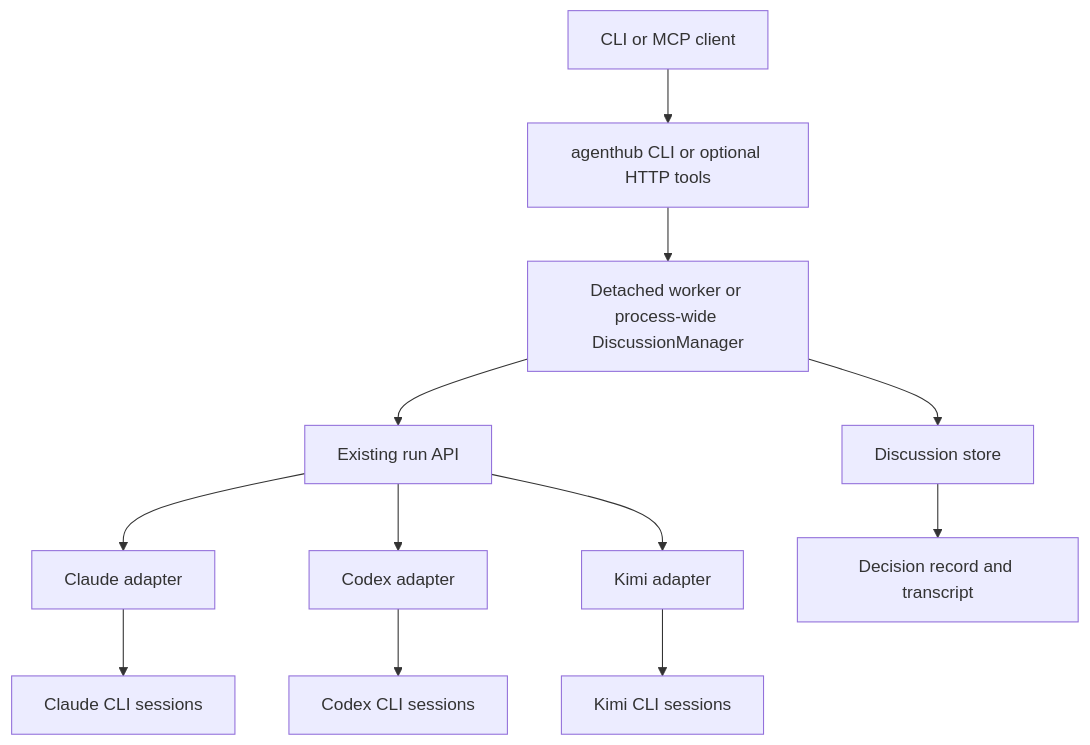
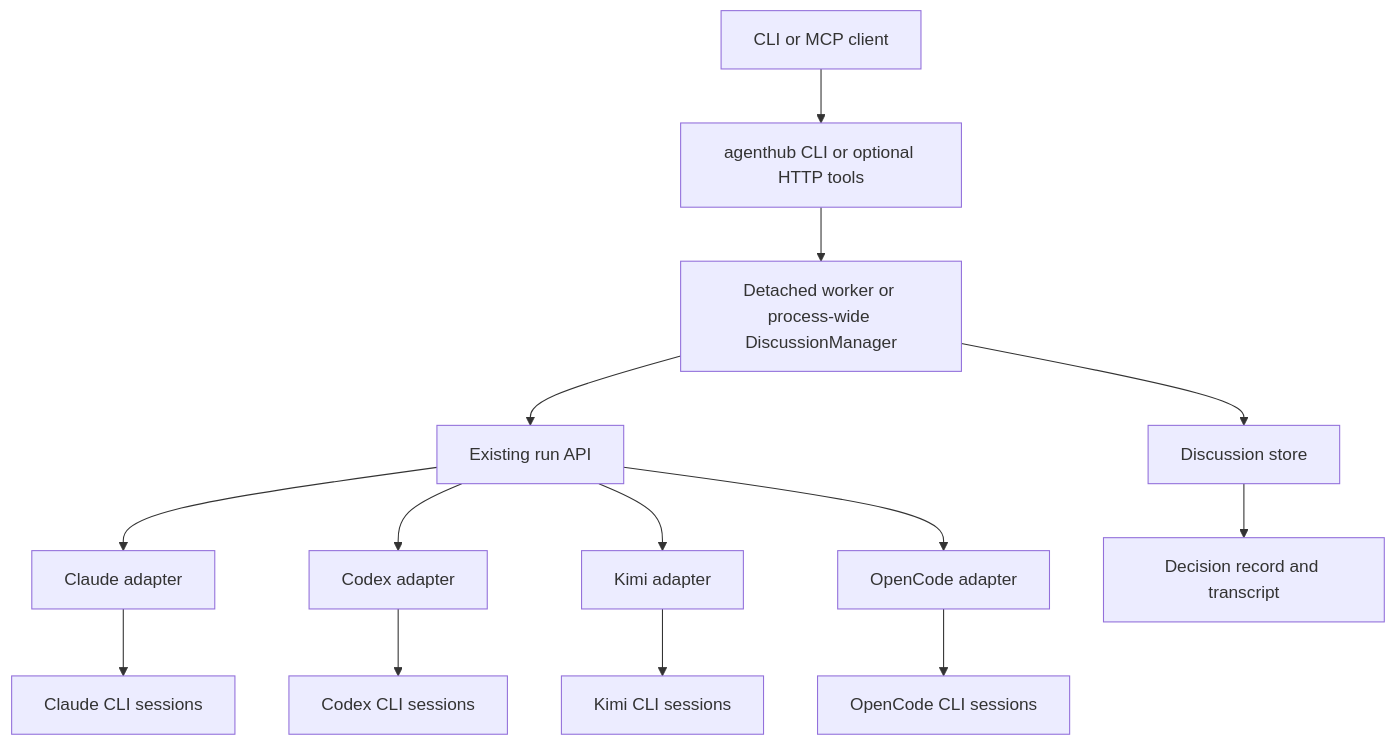
The diagram in docs/discussion-design.md (damaged-soda/agent-hub-mcp), drawn with Mermaid before and after one commit. The commit also changed other lines of this file and 14 other files, not shown here.

First line of the commit message:
接入 OpenCode agent adapter (#27)

````diff
--- a/docs/discussion-design.md
+++ b/docs/discussion-design.md
@@ -150,14 +150,16 @@
 ```mermaid
 flowchart TD
     Client["CLI or MCP client"] --> Entry["agenthub CLI or optional HTTP tools"]
     Entry --> Manager["Detached worker or process-wide DiscussionManager"]
     Manager --> Store["Discussion store"]
     Manager --> Runs["Existing run API"]
     Runs --> A1["Claude adapter"]
     Runs --> A2["Codex adapter"]
     Runs --> A3["Kimi adapter"]
+    Runs --> A4["OpenCode adapter"]
     A1 --> S1["Claude CLI sessions"]
     A2 --> S2["Codex CLI sessions"]
     A3 --> S3["Kimi CLI sessions"]
+    A4 --> S4["OpenCode CLI sessions"]
     Store --> Decision["Decision record and transcript"]
 ```
````
